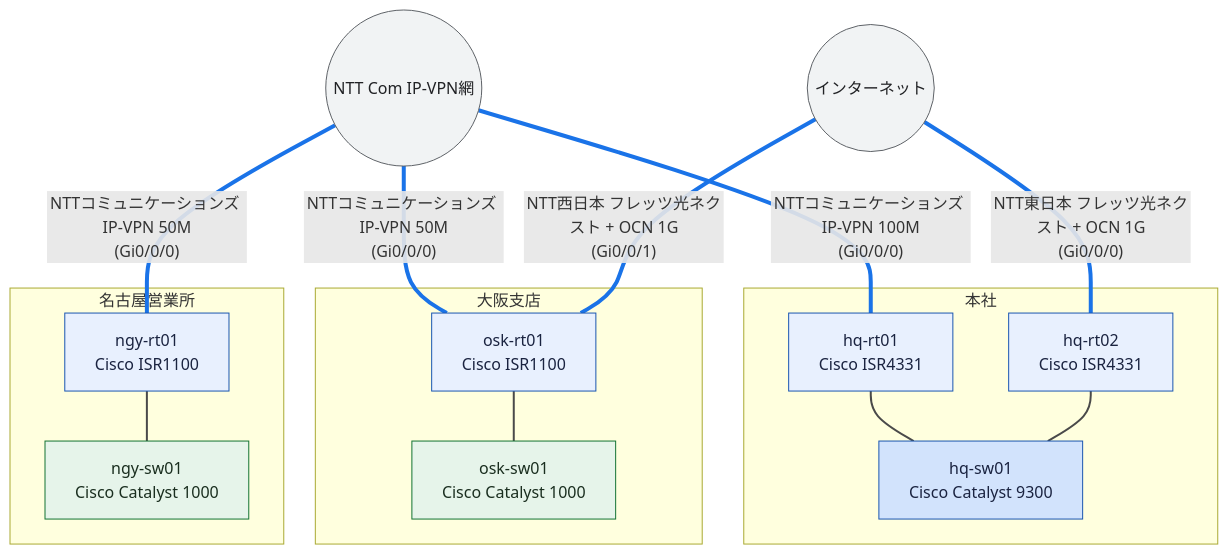
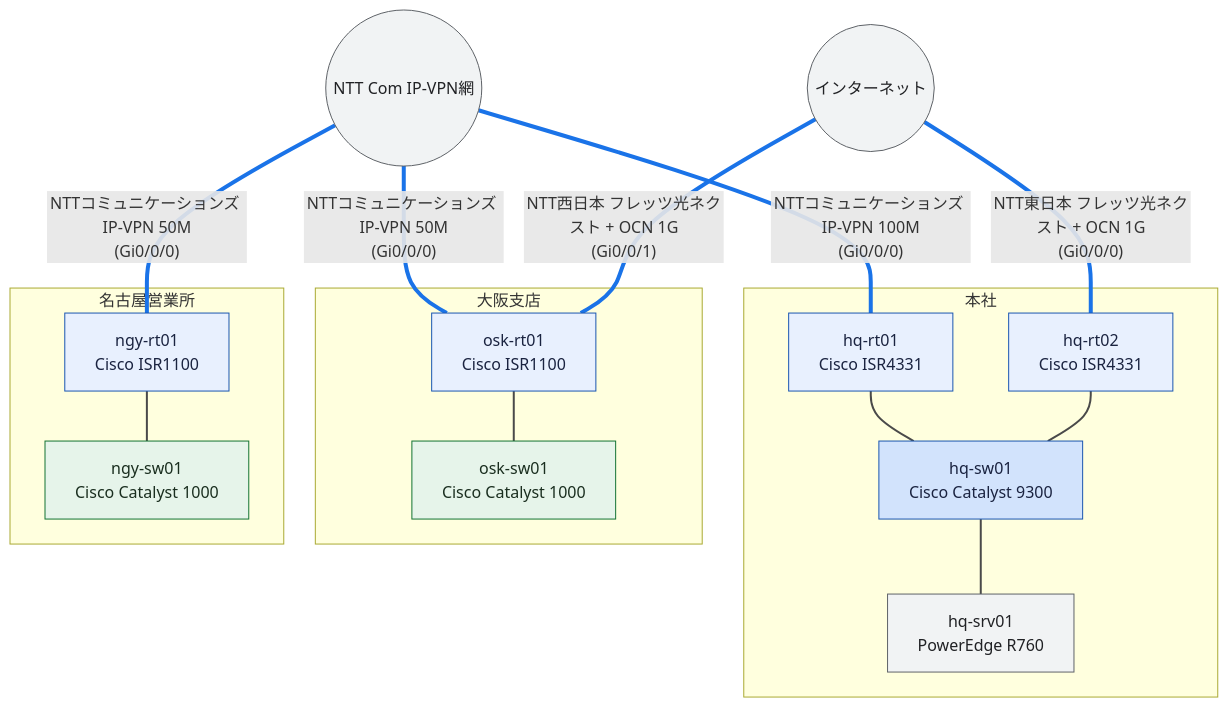
One commit to thinas1115/nwdsl changed the diagram in examples/sample-corp/generated/physical-all.mmd. Above: the diagram before and after it, drawn with Mermaid. The commit also changed 40 other files, not shown here.

First line of the commit message:
論理図でセグメント配下の端末を入れ子表示する機能を追加 (ADR-0009)

```diff
--- a/examples/sample-corp/generated/physical-all.mmd
+++ b/examples/sample-corp/generated/physical-all.mmd
@@ -1,43 +1,46 @@
 flowchart TB
   subgraph sg_hq["本社"]
     hq_rt01["hq-rt01<br>Cisco ISR4331"]
     hq_sw01["hq-sw01<br>Cisco Catalyst 9300"]
     hq_rt02["hq-rt02<br>Cisco ISR4331"]
+    hq_srv01["hq-srv01<br>PowerEdge R760"]
   end
   subgraph sg_osk["大阪支店"]
     osk_rt01["osk-rt01<br>Cisco ISR1100"]
     osk_sw01["osk-sw01<br>Cisco Catalyst 1000"]
   end
   subgraph sg_ngy["名古屋営業所"]
     ngy_rt01["ngy-rt01<br>Cisco ISR1100"]
     ngy_sw01["ngy-sw01<br>Cisco Catalyst 1000"]
   end
   ipvpn(("NTT Com IP-VPN網"))
   internet(("インターネット"))
   hq_rt01 --- hq_sw01
   hq_rt02 --- hq_sw01
   osk_rt01 --- osk_sw01
   ngy_rt01 --- ngy_sw01
+  hq_sw01 --- hq_srv01
   ipvpn ---|"NTTコミュニケーションズ IP-VPN 100M<br>(Gi0/0/0)"| hq_rt01
   ipvpn ---|"NTTコミュニケーションズ IP-VPN 50M<br>(Gi0/0/0)"| osk_rt01
   ipvpn ---|"NTTコミュニケーションズ IP-VPN 50M<br>(Gi0/0/0)"| ngy_rt01
   internet ---|"NTT東日本 フレッツ光ネクスト + OCN 1G<br>(Gi0/0/0)"| hq_rt02
   internet ---|"NTT西日本 フレッツ光ネクスト + OCN 1G<br>(Gi0/0/1)"| osk_rt01
 
   classDef node_dim fill:#f8f9fa,stroke:#dadce0,color:#bdc1c6
   classDef node_failed fill:#fce8e6,stroke:#c5221f,color:#3c1a19
   classDef role_router fill:#e8f0fe,stroke:#1a56b0,color:#1a2340
   classDef role_l3switch fill:#d2e3fc,stroke:#1a56b0,color:#1a2340
   classDef role_l2switch fill:#e6f4ea,stroke:#137333,color:#1a2e1f
   classDef role_firewall fill:#fce8e6,stroke:#c5221f,color:#3c1a19
   classDef role_other fill:#f1f3f4,stroke:#5f6368,color:#202124
   classDef node_cloud fill:#f1f3f4,stroke:#5f6368,color:#202124
   classDef node_site fill:#fff8e1,stroke:#b58105,color:#4a3a08
   classDef node_segment fill:#e2f5f0,stroke:#0f766e,color:#0b3d38
   classDef node_external fill:#ffffff,stroke:#9aa0a6,stroke-dasharray:3 3,color:#5f6368
   class hq_rt01,hq_rt02,osk_rt01,ngy_rt01 role_router
   class hq_sw01 role_l3switch
   class osk_sw01,ngy_sw01 role_l2switch
+  class hq_srv01 role_other
   class ipvpn,internet node_cloud
-  linkStyle 0,1,2,3 stroke:#4a4a4a,stroke-width:2px
-  linkStyle 4,5,6,7,8 stroke:#1a73e8,stroke-width:4px
+  linkStyle 0,1,2,3,4 stroke:#4a4a4a,stroke-width:2px
+  linkStyle 5,6,7,8,9 stroke:#1a73e8,stroke-width:4px
```
